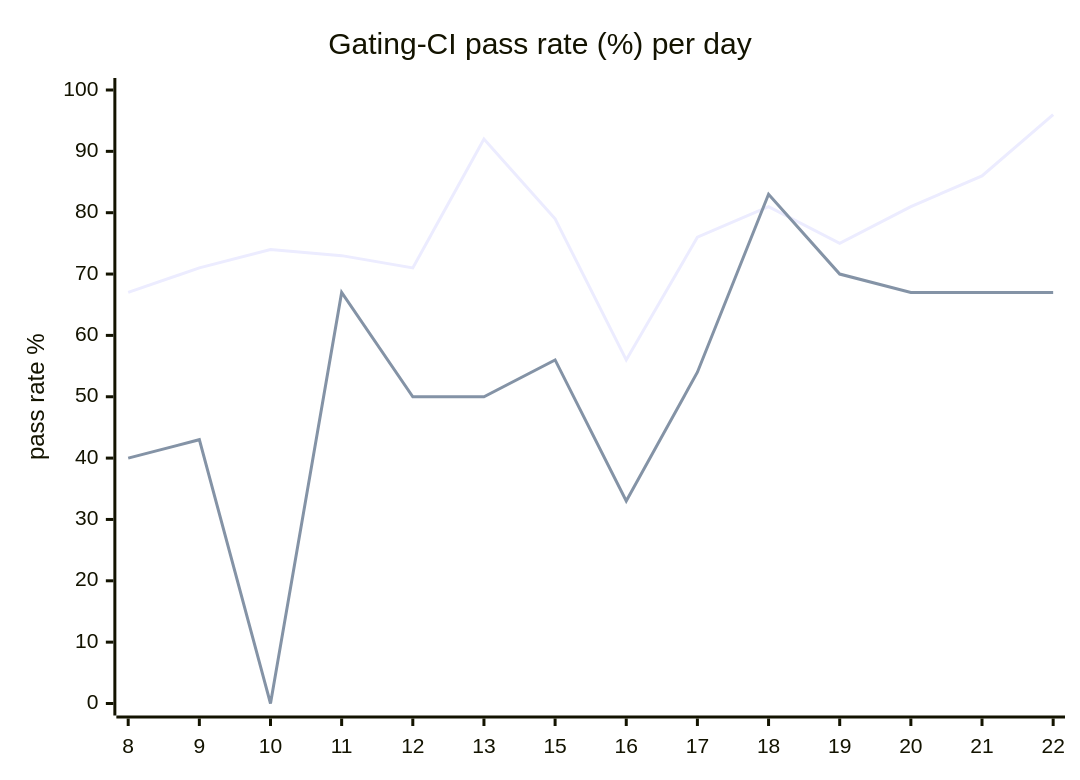
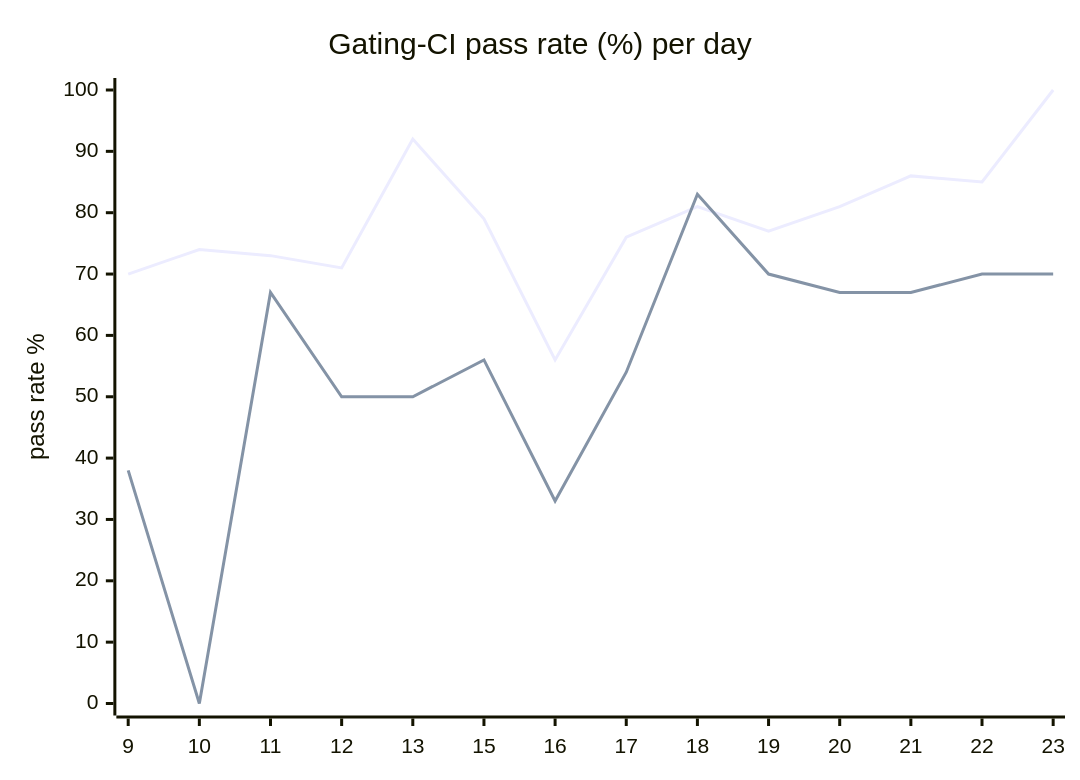
The diagram in hack/ci/ci-dashboard/staging/issue.md (hatchet-dev/hatchet), drawn with Mermaid before and after one commit. The commit also changed other lines of this file, not shown here.

````diff
--- a/hack/ci/ci-dashboard/staging/issue.md
+++ b/hack/ci/ci-dashboard/staging/issue.md
@@ -9,8 +9,8 @@
 ```mermaid
 xychart-beta
   title "Gating-CI pass rate (%) per day"
-  x-axis [8, 9, 10, 11, 12, 13, 15, 16, 17, 18, 19, 20, 21, 22]
+  x-axis [9, 10, 11, 12, 13, 15, 16, 17, 18, 19, 20, 21, 22, 23]
   y-axis "pass rate %" 0 --> 100
-  line "CI" [67, 71, 74, 73, 71, 92, 79, 56, 76, 81, 75, 81, 86, 96]
-  line "main" [40, 43, 0, 67, 50, 50, 56, 33, 54, 83, 70, 67, 67, 67]
+  line "CI" [70, 74, 73, 71, 92, 79, 56, 76, 81, 77, 81, 86, 85, 100]
+  line "main" [38, 0, 67, 50, 50, 56, 33, 54, 83, 70, 67, 67, 70, 70]
 ```
````
